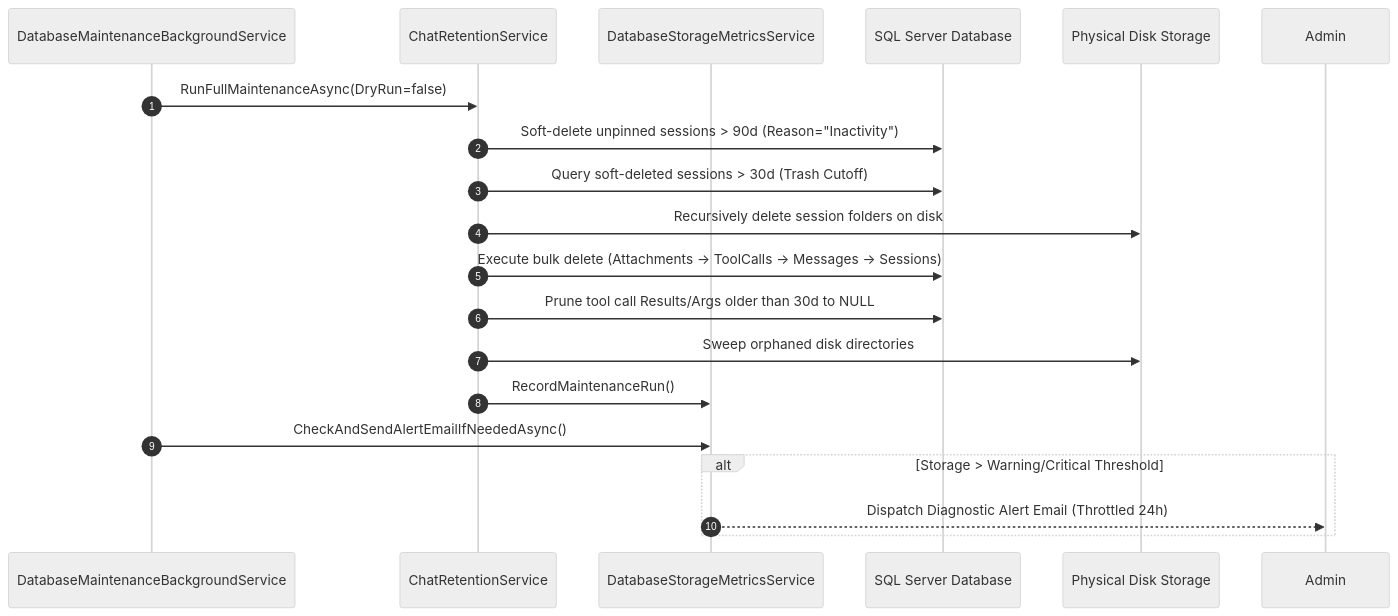
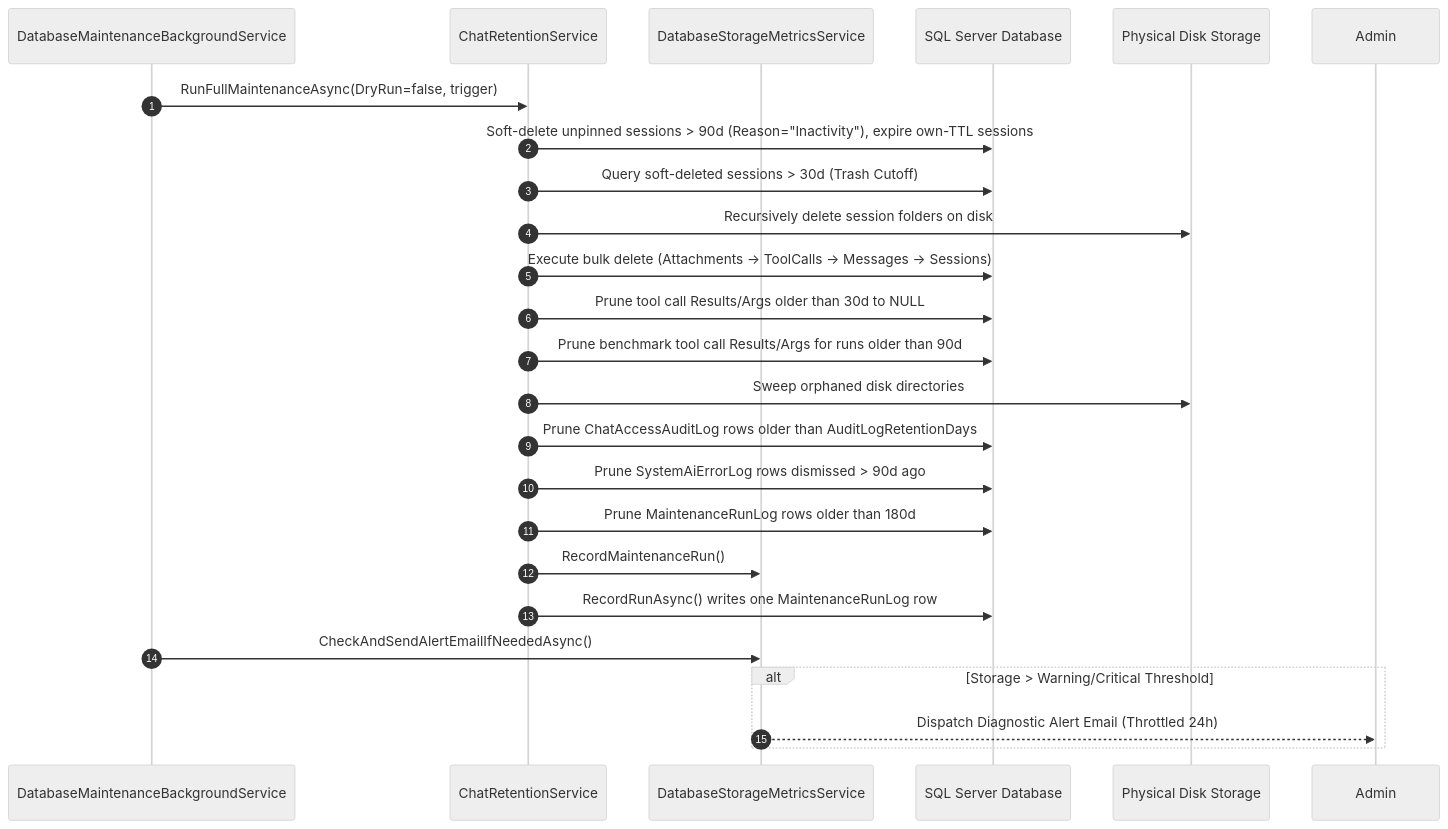
Before and after one commit to hyvanmielenpelit/MobileGnollHackLogger: the second of 2 diagrams in .agents/skills/chat_retention_architecture/SKILL.md, drawn with Mermaid (neutral theme). The commit also changed other lines of this file and 19 other files, not shown here.

````diff
--- a/.agents/skills/chat_retention_architecture/SKILL.md
+++ b/.agents/skills/chat_retention_architecture/SKILL.md
@@ -184,22 +184,27 @@
 ```mermaid
 sequenceDiagram
     autonumber
     participant Engine as DatabaseMaintenanceBackgroundService
     participant Retention as ChatRetentionService
     participant Storage as DatabaseStorageMetricsService
     participant DB as SQL Server Database
     participant Disk as Physical Disk Storage
 
-    Engine->>Retention: RunFullMaintenanceAsync(DryRun=false)
-    Retention->>DB: Soft-delete unpinned sessions > 90d (Reason="Inactivity")
+    Engine->>Retention: RunFullMaintenanceAsync(DryRun=false, trigger)
+    Retention->>DB: Soft-delete unpinned sessions > 90d (Reason="Inactivity"), expire own-TTL sessions
     Retention->>DB: Query soft-deleted sessions > 30d (Trash Cutoff)
     Retention->>Disk: Recursively delete session folders on disk
     Retention->>DB: Execute bulk delete (Attachments -> ToolCalls -> Messages -> Sessions)
     Retention->>DB: Prune tool call Results/Args older than 30d to NULL
+    Retention->>DB: Prune benchmark tool call Results/Args for runs older than 90d
     Retention->>Disk: Sweep orphaned disk directories
+    Retention->>DB: Prune ChatAccessAuditLog rows older than AuditLogRetentionDays
+    Retention->>DB: Prune SystemAiErrorLog rows dismissed > 90d ago
+    Retention->>DB: Prune MaintenanceRunLog rows older than 180d
     Retention->>Storage: RecordMaintenanceRun()
+    Retention->>DB: RecordRunAsync() writes one MaintenanceRunLog row
     Engine->>Storage: CheckAndSendAlertEmailIfNeededAsync()
     alt Storage > Warning/Critical Threshold
         Storage-->>Admin: Dispatch Diagnostic Alert Email (Throttled 24h)
     end
 ```
````
